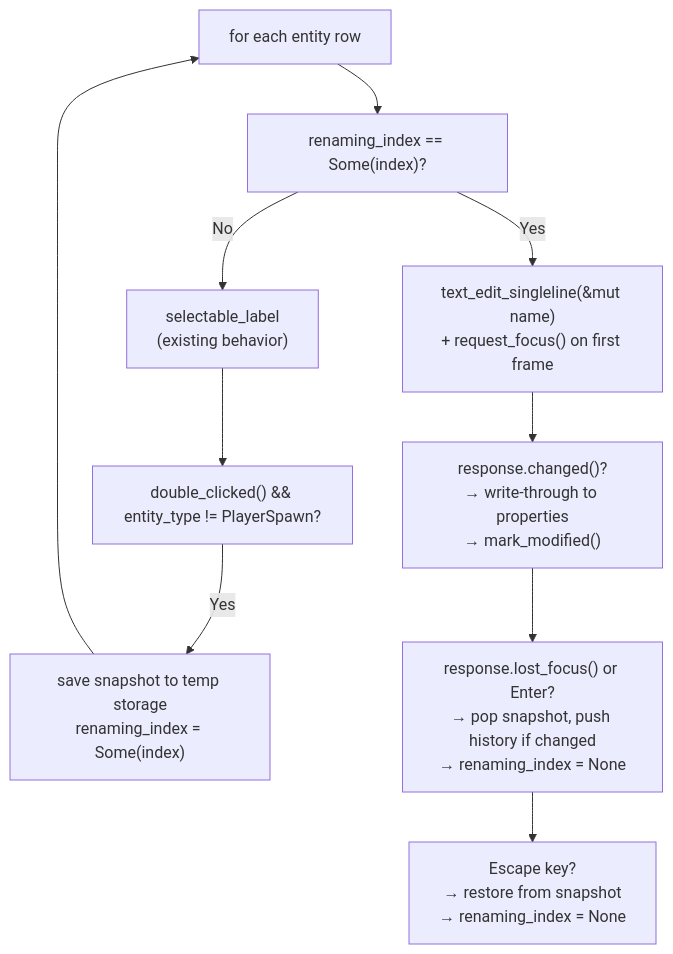
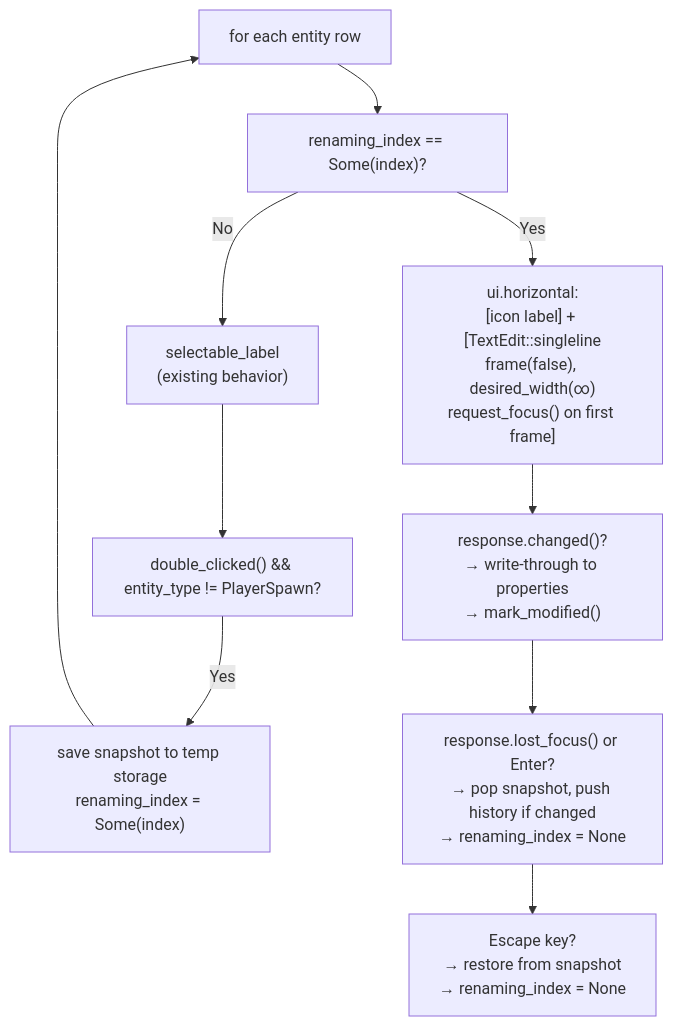
Before and after one commit to ctejada85/adrakestory: the fifth of 8 diagrams in docs/features/outliner-inline-rename/architecture.md, drawn with Mermaid. The commit also changed other lines of this file and 2 other files, not shown here.

````diff
--- a/docs/features/outliner-inline-rename/architecture.md
+++ b/docs/features/outliner-inline-rename/architecture.md
@@ -200,22 +202,22 @@
 ```mermaid
 flowchart TD
     Start["for each entity row"]
     Check["renaming_index == Some(index)?"]
     Label["selectable_label<br/>(existing behavior)"]
     DblClick["double_clicked() && entity_type != PlayerSpawn?"]
     EnterRename["save snapshot to temp storage<br/>renaming_index = Some(index)"]
-    TextEdit["text_edit_singleline(&mut name)<br/>+ request_focus() on first frame"]
+    TextEdit["ui.horizontal:<br/>[icon label] + [TextEdit::singleline<br/>frame(false), desired_width(∞)<br/>request_focus() on first frame]"]
     Changed["response.changed()?<br/>→ write-through to properties<br/>→ mark_modified()"]
     LostFocus["response.lost_focus() or Enter?<br/>→ pop snapshot, push history if changed<br/>→ renaming_index = None"]
     EscCancel["Escape key?<br/>→ restore from snapshot<br/>→ renaming_index = None"]
 
     Start --> Check
     Check -->|"No"| Label
     Label --> DblClick
     DblClick -->|"Yes"| EnterRename
     EnterRename --> Start
     Check -->|"Yes"| TextEdit
     TextEdit --> Changed
     Changed --> LostFocus
     LostFocus --> EscCancel
 ```
````
